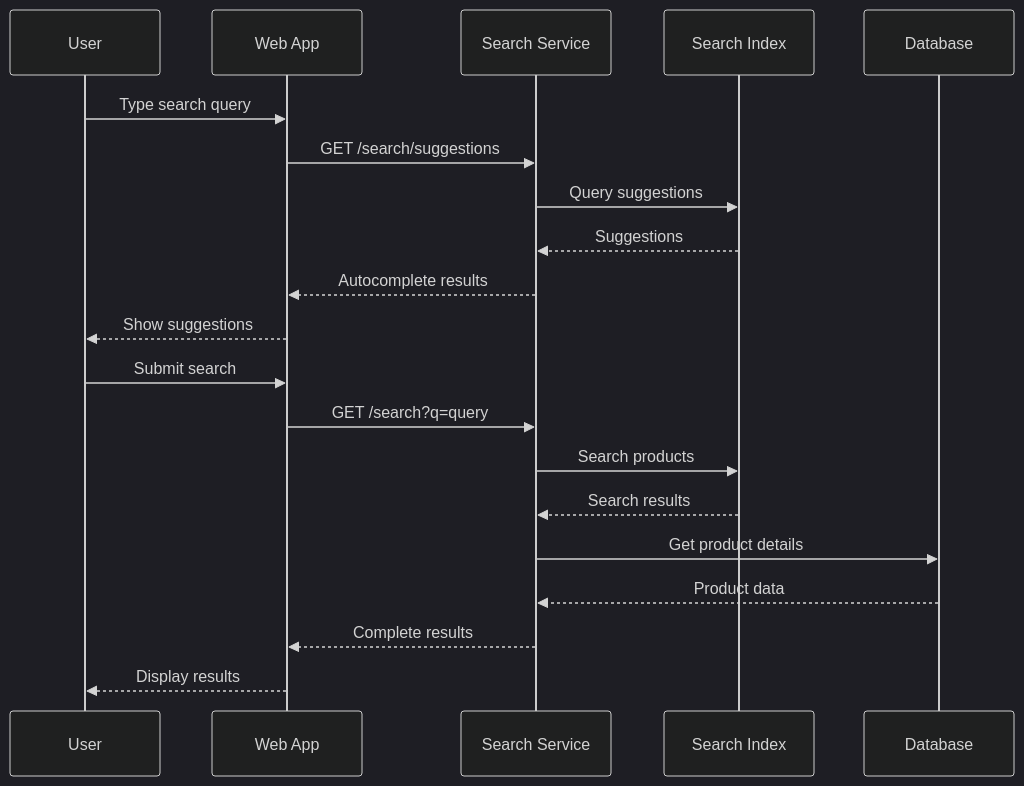
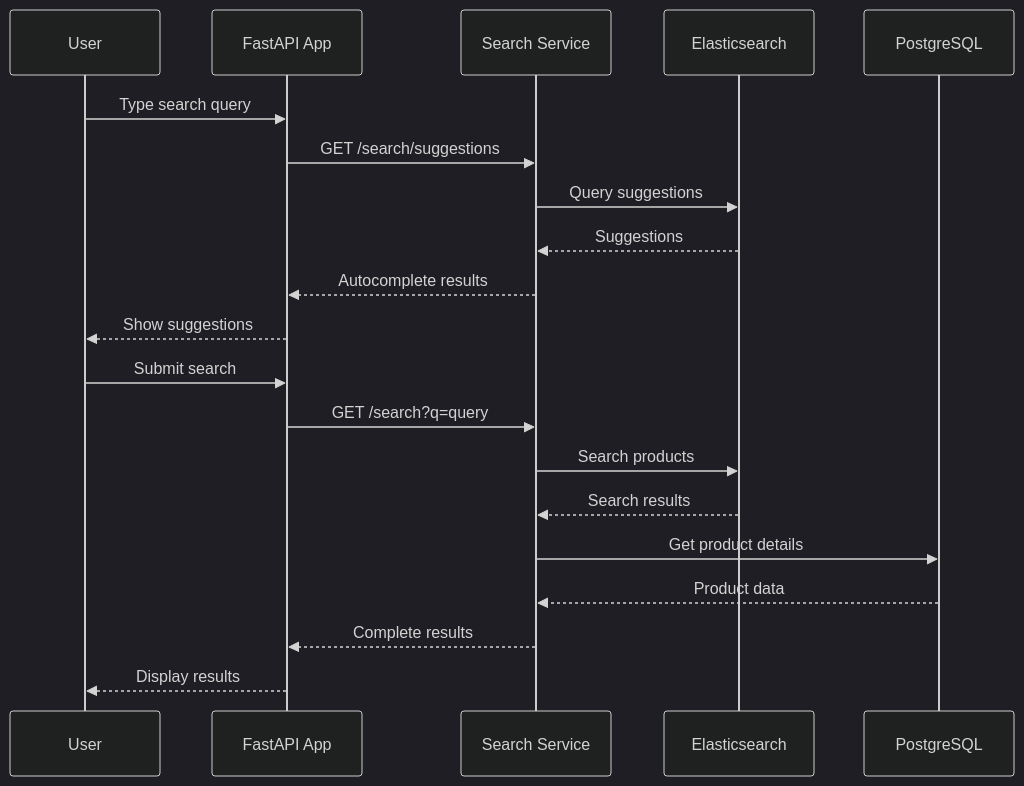
One commit to manko-max/pdp changed the third of 6 diagrams in design-first-approach/feature-examples.md. Above: the diagram before and after it, drawn with Mermaid (dark theme). The commit also changed other lines of this file, not shown here.

````diff
--- a/design-first-approach/feature-examples.md
+++ b/design-first-approach/feature-examples.md
@@ -196,24 +335,24 @@
 ```mermaid
 sequenceDiagram
     participant U as User
-    participant W as Web App
+    participant W as FastAPI App
     participant S as Search Service
-    participant I as Search Index
-    participant D as Database
+    participant E as Elasticsearch
+    participant D as PostgreSQL
 
     U->>W: Type search query
     W->>S: GET /search/suggestions
-    S->>I: Query suggestions
-    I-->>S: Suggestions
+    S->>E: Query suggestions
+    E-->>S: Suggestions
     S-->>W: Autocomplete results
     W-->>U: Show suggestions
 
     U->>W: Submit search
     W->>S: GET /search?q=query
-    S->>I: Search products
-    I-->>S: Search results
+    S->>E: Search products
+    E-->>S: Search results
     S->>D: Get product details
     D-->>S: Product data
     S-->>W: Complete results
     W-->>U: Display results
 ```
````
